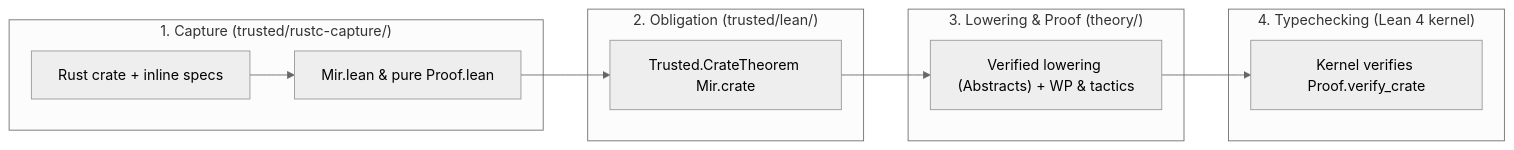
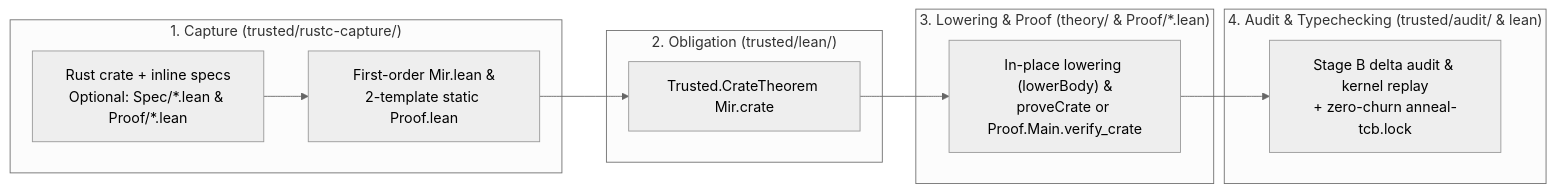
The diagram in docs/design.md (joshlf/anneal), drawn with Mermaid (neutral theme) before and after one commit. The commit also changed other lines of this file and 2 other files, not shown here.

First line of the commit message:
[docs] Update trust audit and MIR pipeline design

````diff
--- a/docs/design.md
+++ b/docs/design.md
@@ -70,15 +70,15 @@
 ```mermaid
 flowchart LR
     subgraph Rust ["1. Capture (trusted/rustc-capture/)"]
-        SRC["Rust crate + inline specs"] --> MIR["Mir.lean & pure Proof.lean"]
+        SRC["Rust crate + inline specs\nOptional: Spec/*.lean & Proof/*.lean"] --> MIR["First-order Mir.lean &\n2-template static Proof.lean"]
     end
     subgraph TCB ["2. Obligation (trusted/lean/)"]
         MIR --> THM["Trusted.CrateTheorem Mir.crate"]
     end
-    subgraph Theory ["3. Lowering & Proof (theory/)"]
-        THM --> PASS["Verified lowering (Abstracts) + WP & tactics"]
+    subgraph Theory ["3. Lowering & Proof (theory/ & Proof/*.lean)"]
+        THM --> PASS["In-place lowering (lowerBody) &\nproveCrate or Proof.Main.verify_crate"]
     end
-    subgraph Kernel ["4. Typechecking (Lean 4 kernel)"]
-        PASS --> CHECK["Kernel verifies Proof.verify_crate"]
+    subgraph Kernel ["4. Audit & Typechecking (trusted/audit/ & lean)"]
+        PASS --> CHECK["Stage B delta audit & kernel replay\n+ zero-churn anneal-tcb.lock"]
     end
 ```
````
